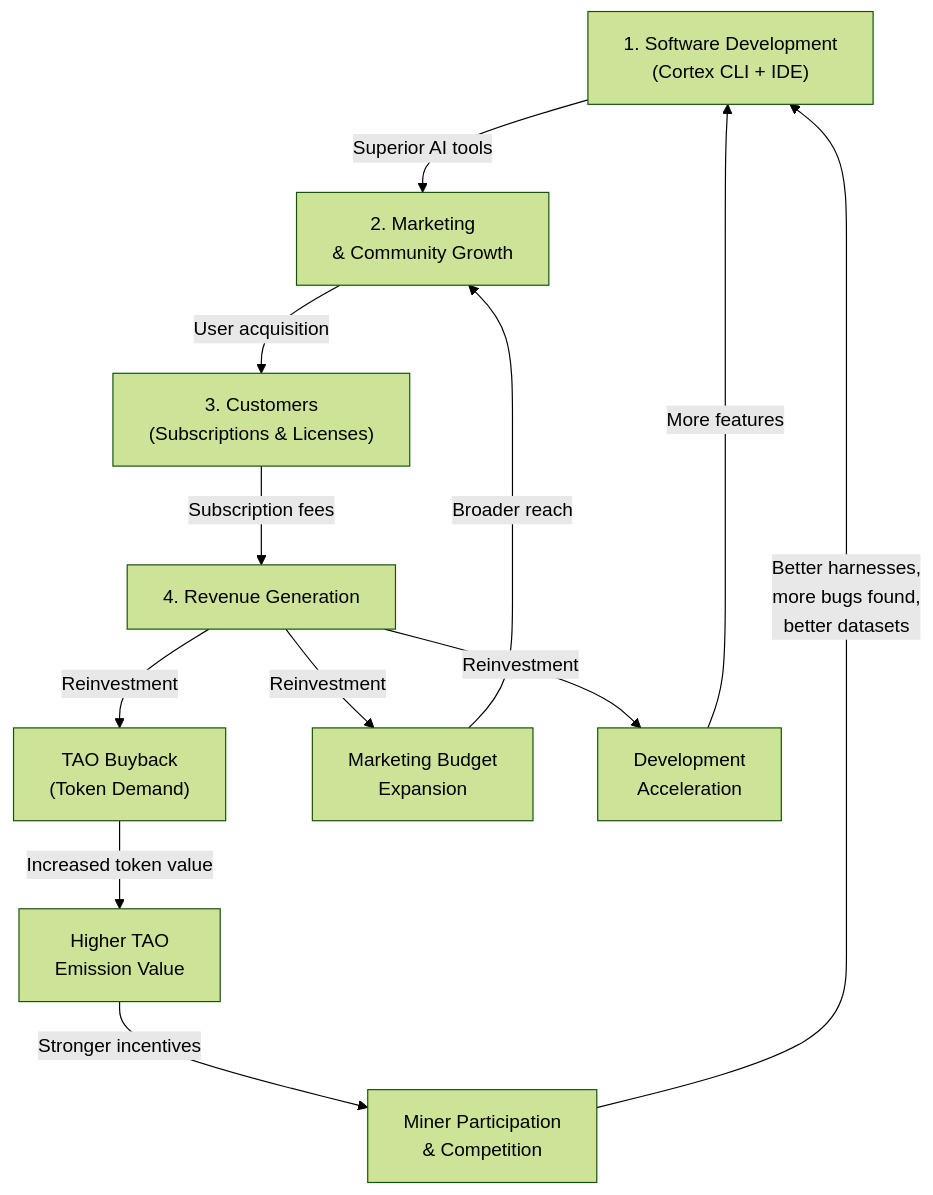
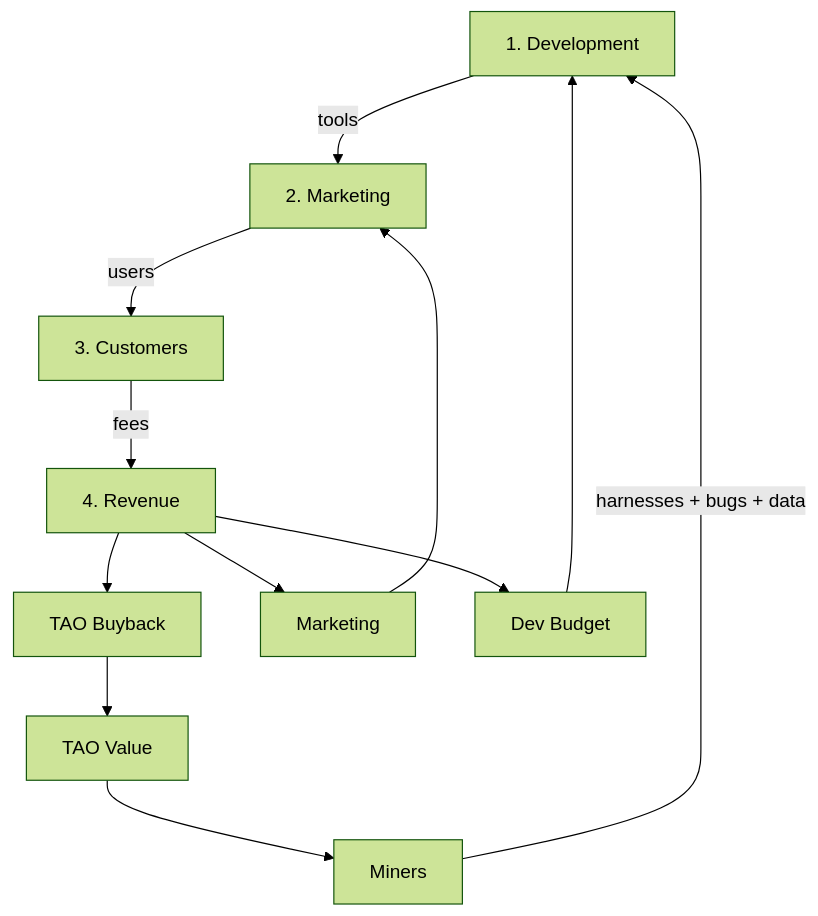
One commit to PlatformNetwork/roadmap changed diagram 12 of 13 in README.md. Above: the diagram before and after it, drawn with Mermaid (forest theme). The commit also changed other lines of this file, not shown here.

Commit message:
style: simplify mermaid labels, move Data Fabrication to Q2

````diff
--- a/README.md
+++ b/README.md
@@ -424,22 +387,17 @@
 ```mermaid
 flowchart TB
-    Dev["1. Software Development\n(Cortex CLI + IDE)"]
-    Market["2. Marketing\n& Community Growth"]
-    Customers["3. Customers\n(Subscriptions & Licenses)"]
-    Revenue["4. Revenue Generation"]
+    Dev["1. Development"] -->|tools| Market["2. Marketing"]
+    Market -->|users| Customers["3. Customers"]
+    Customers -->|fees| Revenue["4. Revenue"]
 
-    Dev -->|Superior AI tools| Market
-    Market -->|User acquisition| Customers
-    Customers -->|Subscription fees| Revenue
+    Revenue --> Buyback["TAO Buyback"]
+    Revenue --> MktBudget["Marketing"]
+    Revenue --> DevBudget["Dev Budget"]
 
-    Revenue -->|Reinvestment| Buyback["TAO Buyback\n(Token Demand)"]
-    Revenue -->|Reinvestment| MarketReinvest["Marketing Budget\nExpansion"]
-    Revenue -->|Reinvestment| DevReinvest["Development\nAcceleration"]
+    Buyback --> Emissions["TAO Value"]
+    Emissions --> Miners["Miners"]
+    Miners -->|harnesses + bugs + data| Dev
 
-    Buyback -->|Increased token value| Emissions["Higher TAO\nEmission Value"]
-    Emissions -->|Stronger incentives| Miners["Miner Participation\n& Competition"]
-    Miners -->|Better harnesses,\nmore bugs found,\nbetter datasets| Dev
-
-    MarketReinvest -->|Broader reach| Market
-    DevReinvest -->|More features| Dev
+    MktBudget --> Market
+    DevBudget --> Dev
 ```
````
